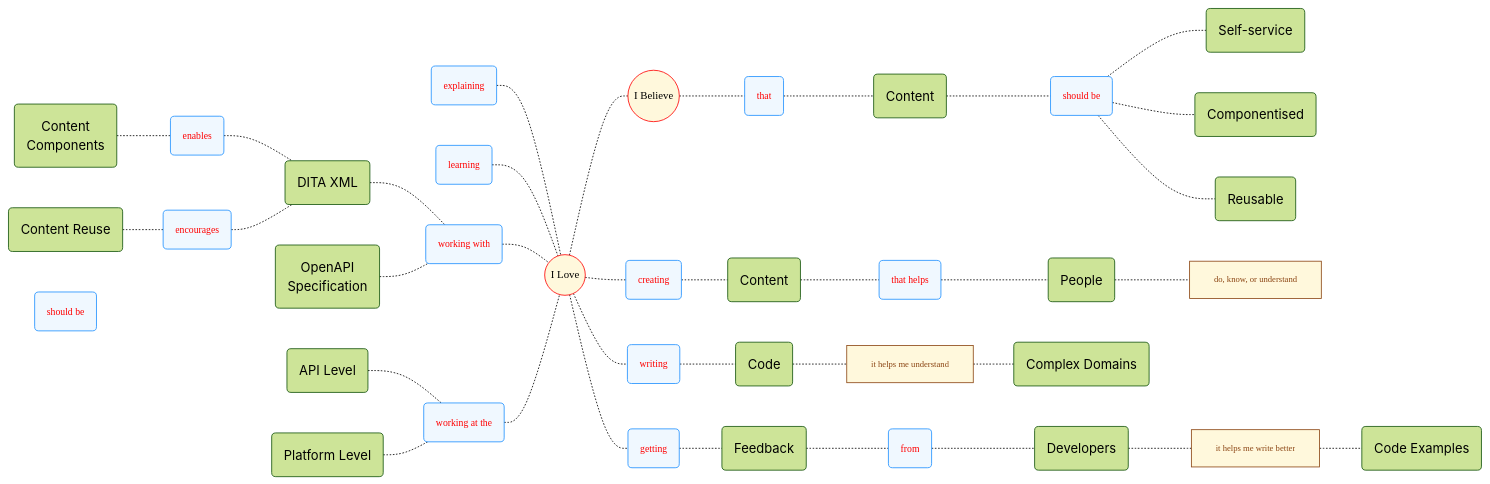
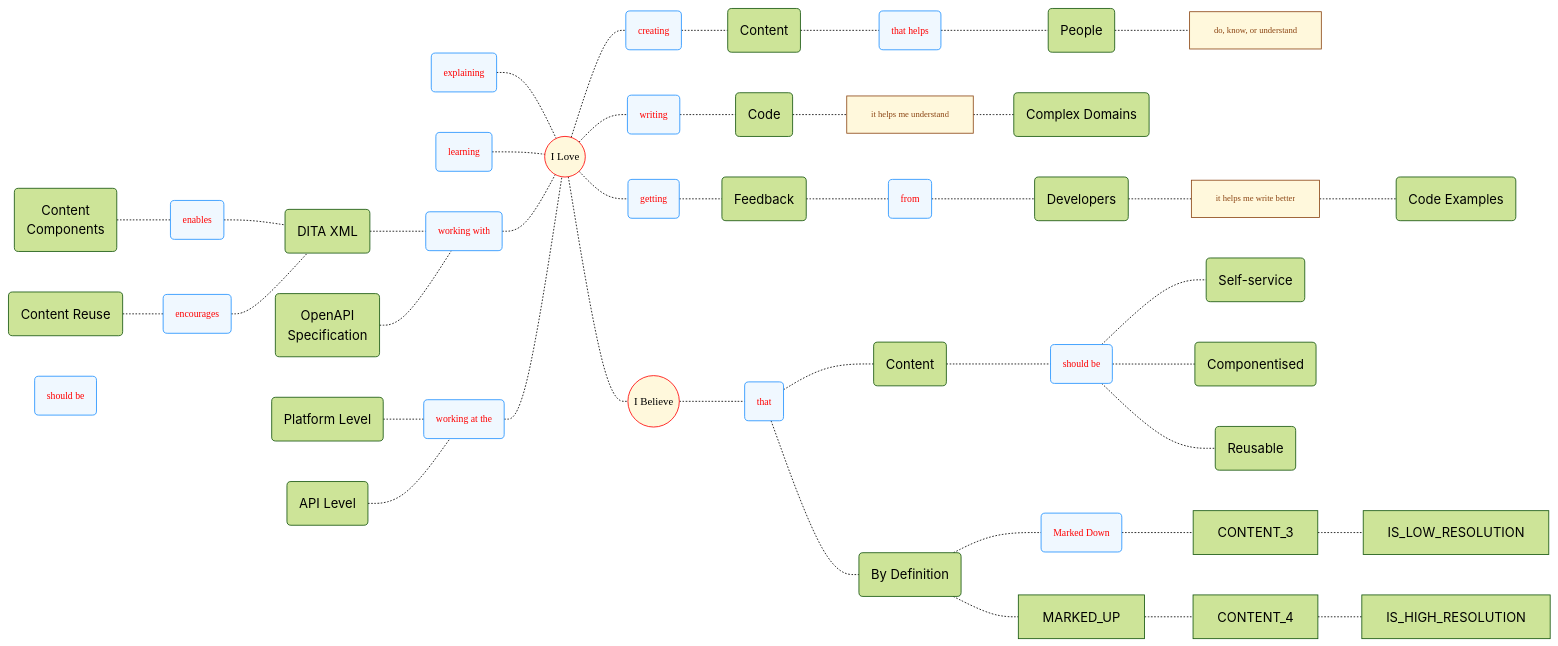
One commit to joe-dorward/samples changed the diagram in my_mindmap.md. Above: the diagram before and after it, drawn with Mermaid.

````diff
--- a/my_mindmap.md
+++ b/my_mindmap.md
@@ -101,5 +101,11 @@
 SHOULD_BE-.-COMPONENTISED
 SHOULD_BE-.-REUSABLE
 
-
+%% ---------- ---------- ---------- ---------- ----------
+BY_DEFINITION("By Definition")
+MARKED_DOWN("Marked Down")
+THAT-.-
+BY_DEFINITION-.-MARKED_DOWN-.-CONTENT_3-.-IS_LOW_RESOLUTION
+BY_DEFINITION-.-MARKED_UP-.-CONTENT_4-.-IS_HIGH_RESOLUTION
+class MARKED_DOWN Verb;
 ```
````
